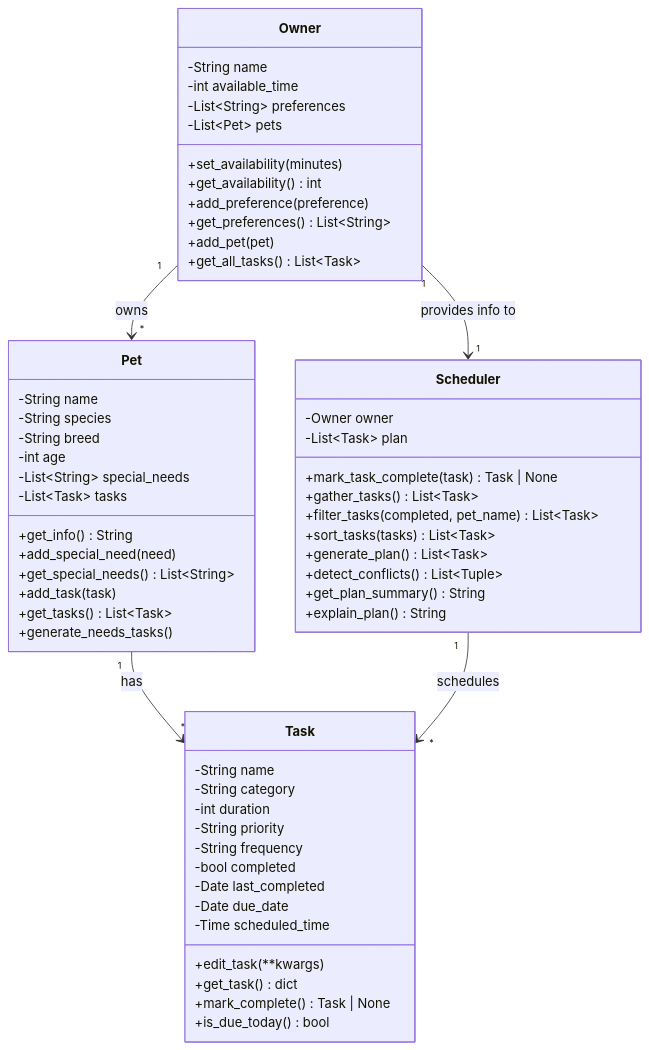
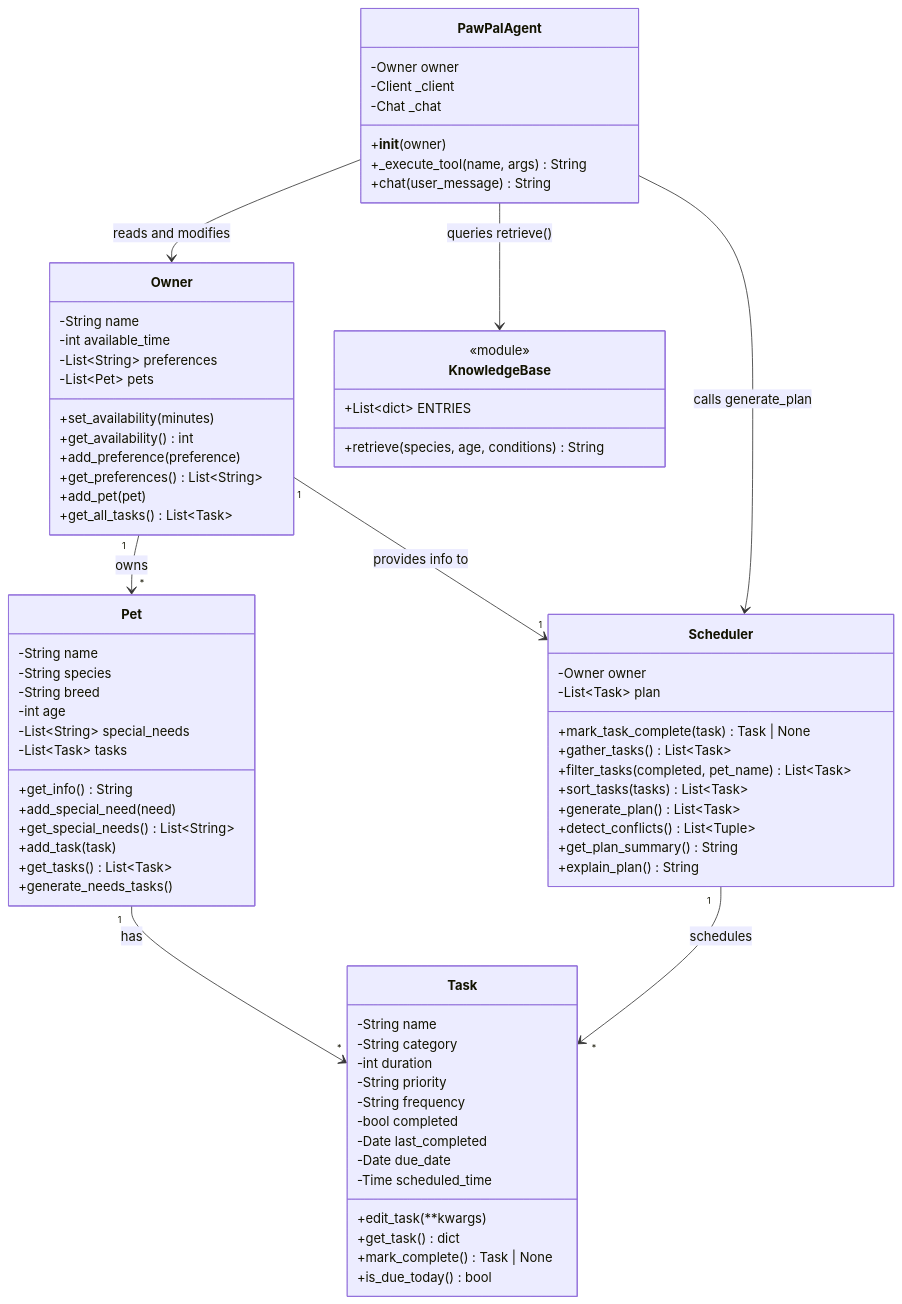
The diagram in uml_diagram.md (ejy921/applied-ai-system-project), drawn with Mermaid before and after one commit. The commit also changed 7 other files, not shown here.

````diff
--- a/uml_diagram.md
+++ b/uml_diagram.md
@@ -1,64 +1,82 @@
 ```mermaid
 classDiagram
     class Task {
         -String name
         -String category
         -int duration
         -String priority
         -String frequency
         -bool completed
         -Date last_completed
         -Date due_date
         -Time scheduled_time
         +edit_task(**kwargs)
         +get_task() dict
         +mark_complete() Task | None
         +is_due_today() bool
     }
 
     class Pet {
         -String name
         -String species
         -String breed
         -int age
         -List~String~ special_needs
         -List~Task~ tasks
         +get_info() String
         +add_special_need(need)
         +get_special_needs() List~String~
         +add_task(task)
         +get_tasks() List~Task~
         +generate_needs_tasks()
     }
 
     class Owner {
         -String name
         -int available_time
         -List~String~ preferences
         -List~Pet~ pets
         +set_availability(minutes)
         +get_availability() int
         +add_preference(preference)
         +get_preferences() List~String~
         +add_pet(pet)
         +get_all_tasks() List~Task~
     }
 
     class Scheduler {
         -Owner owner
         -List~Task~ plan
         +mark_task_complete(task) Task | None
         +gather_tasks() List~Task~
         +filter_tasks(completed, pet_name) List~Task~
         +sort_tasks(tasks) List~Task~
         +generate_plan() List~Task~
         +detect_conflicts() List~Tuple~
         +get_plan_summary() String
         +explain_plan() String
     }
 
+    class KnowledgeBase {
+        <<module>>
+        +List~dict~ ENTRIES
+        +retrieve(species, age, conditions) String
+    }
+
+    class PawPalAgent {
+        -Owner owner
+        -Client _client
+        -Chat _chat
+        +__init__(owner)
+        +_execute_tool(name, args) String
+        +chat(user_message) String
+    }
+
     Owner "1" --> "*" Pet : owns
     Owner "1" --> "1" Scheduler : provides info to
     Pet "1" --> "*" Task : has
     Scheduler "1" --> "*" Task : schedules
+    PawPalAgent --> Owner : reads and modifies
+    PawPalAgent --> Scheduler : calls generate_plan
+    PawPalAgent --> KnowledgeBase : queries retrieve()
 ```
````
